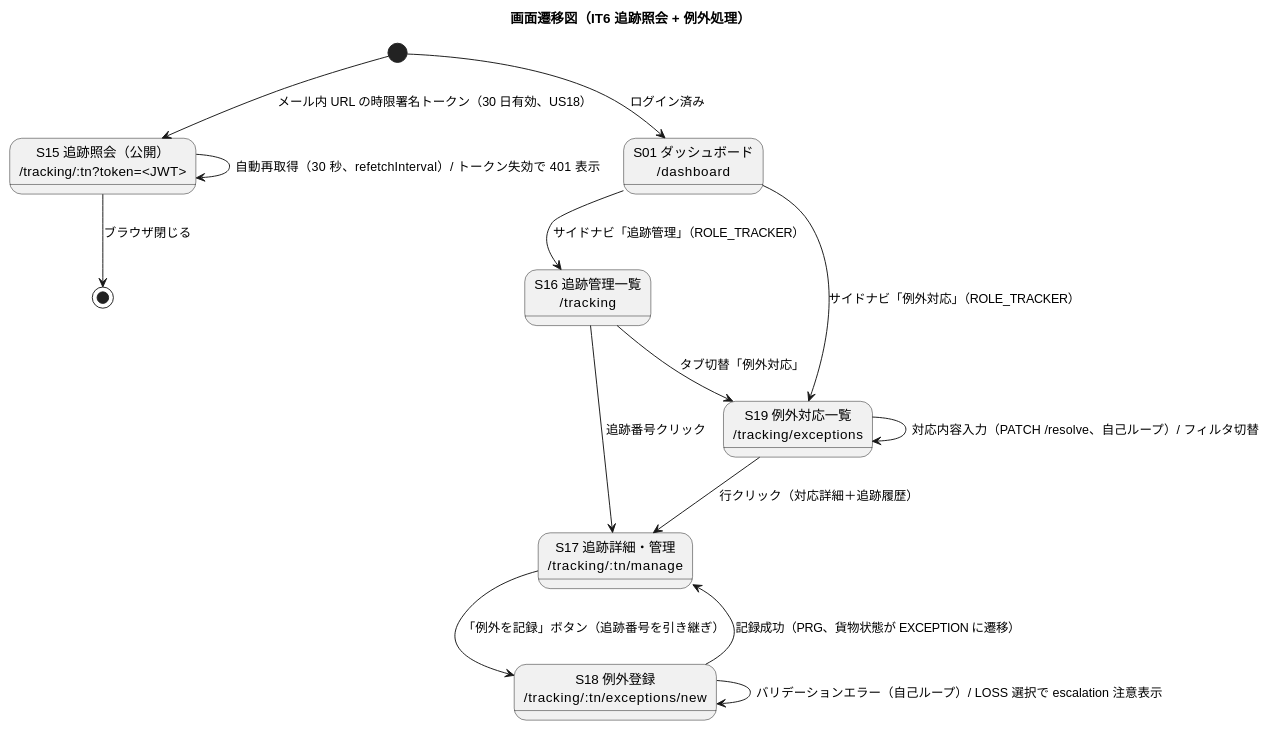
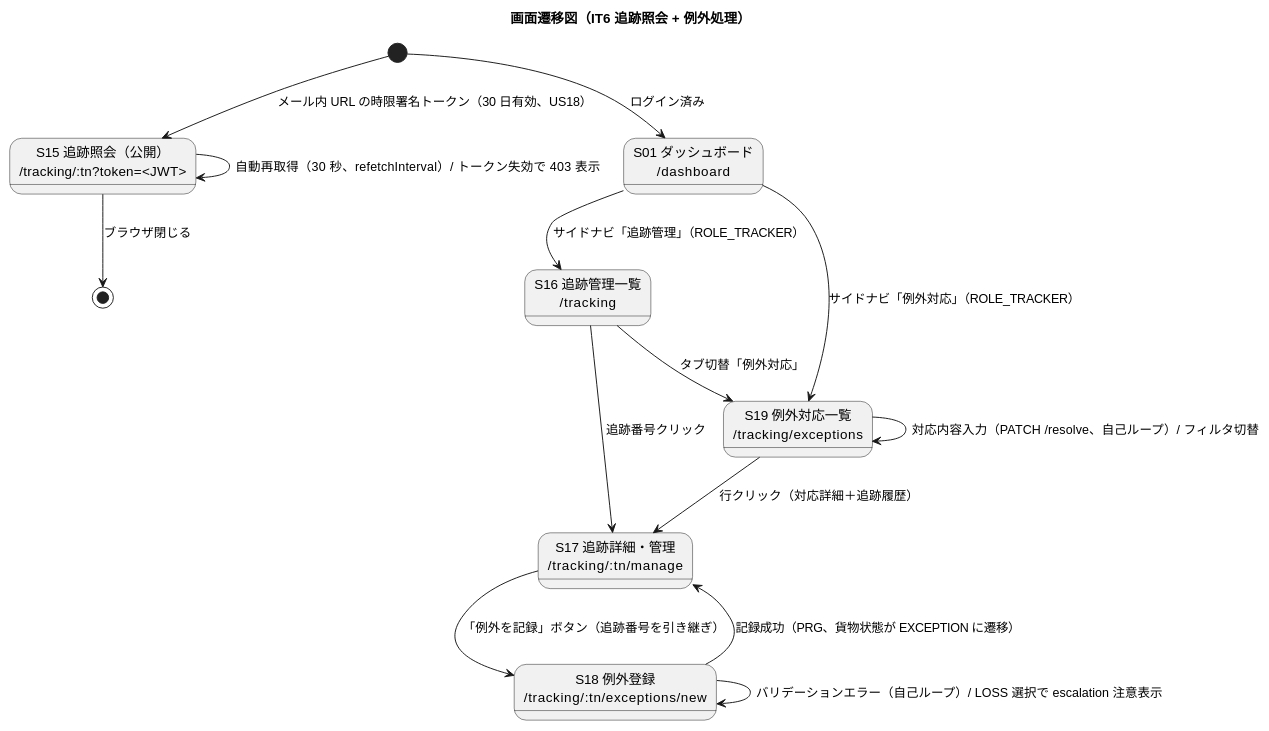
Before and after one commit to k2works/case-study-cargo-tracker: the ninth of 11 diagrams in docs/development/iteration_plan-6.md, drawn with PlantUML. The commit also changed other lines of this file, not shown here.

````diff
--- a/docs/development/iteration_plan-6.md
+++ b/docs/development/iteration_plan-6.md
@@ -571,27 +588,27 @@
 ```plantuml
 @startuml
 title 画面遷移図（IT6 追跡照会 + 例外処理）
 
 [*] --> S15 : メール内 URL の時限署名トークン（30 日有効、US18）
 [*] --> S01 : ログイン済み
 
 state "S15 追跡照会（公開）\n/tracking/:tn?token=<JWT>" as S15
 state "S01 ダッシュボード\n/dashboard" as S01
 state "S16 追跡管理一覧\n/tracking" as S16
 state "S17 追跡詳細・管理\n/tracking/:tn/manage" as S17
 state "S18 例外登録\n/tracking/:tn/exceptions/new" as S18
 state "S19 例外対応一覧\n/tracking/exceptions" as S19
 
-S15 --> S15 : 自動再取得（30 秒、refetchInterval）/ トークン失効で 401 表示
+S15 --> S15 : 自動再取得（30 秒、refetchInterval）/ トークン失効で 403 表示
 S15 --> [*] : ブラウザ閉じる
 S01 --> S16 : サイドナビ「追跡管理」（ROLE_TRACKER）
 S01 --> S19 : サイドナビ「例外対応」（ROLE_TRACKER）
 S16 --> S17 : 追跡番号クリック
 S17 --> S18 : 「例外を記録」ボタン（追跡番号を引き継ぎ）
 S18 --> S18 : バリデーションエラー（自己ループ）/ LOSS 選択で escalation 注意表示
 S18 --> S17 : 記録成功（PRG、貨物状態が EXCEPTION に遷移）
 S19 --> S19 : 対応内容入力（PATCH /resolve、自己ループ）/ フィルタ切替
 S19 --> S17 : 行クリック（対応詳細＋追跡履歴）
 S16 --> S19 : タブ切替「例外対応」
 @enduml
 ```
````
